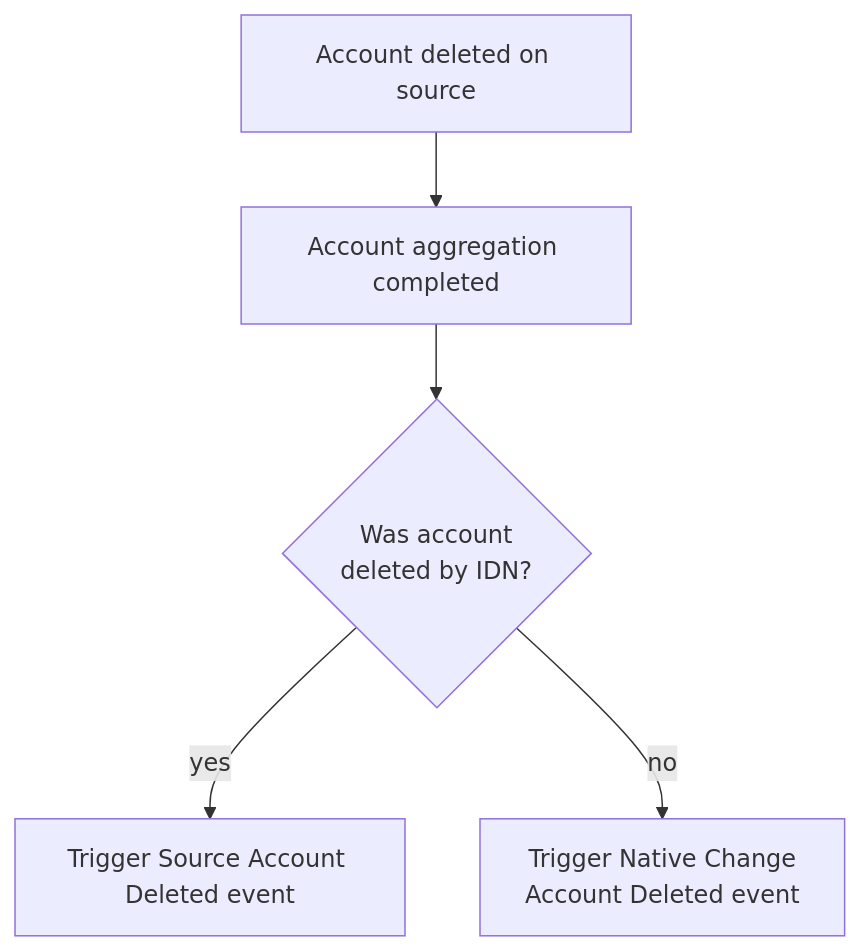
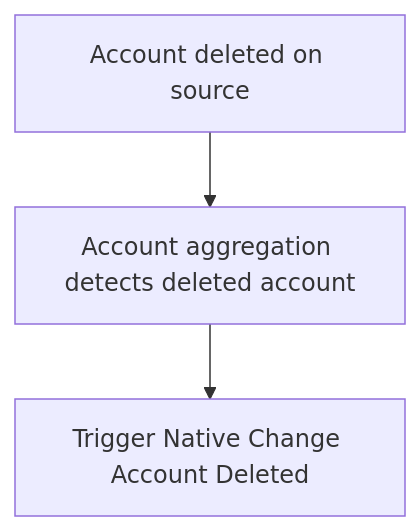
Before and after one commit to sailpoint-oss/developer.sailpoint.com: the diagram in products/idn/docs/identity-now/event-triggers/available/native-change-account-deleted.md, drawn with Mermaid. The commit also changed other lines of this file and 2 other files, not shown here.

Commit message:
Made minor updates based on feedback

````diff
--- a/products/idn/docs/identity-now/event-triggers/available/native-change-account-deleted.md
+++ b/products/idn/docs/identity-now/event-triggers/available/native-change-account-deleted.md
@@ -32,7 +32,6 @@
 ```mermaid
 flowchart TD
     A[Account deleted on source] --> B
-    B[Account aggregation completed] --> C{Was account\ndeleted by IDN?}
-    C -->|yes| D[Trigger Source Account Deleted event]
-    C -->|no| E[Trigger Native Change\nAccount Deleted event]
+    B[Account aggregation detects deleted account] --> C
+    C[Trigger Native Change Account Deleted]
 ```
````
